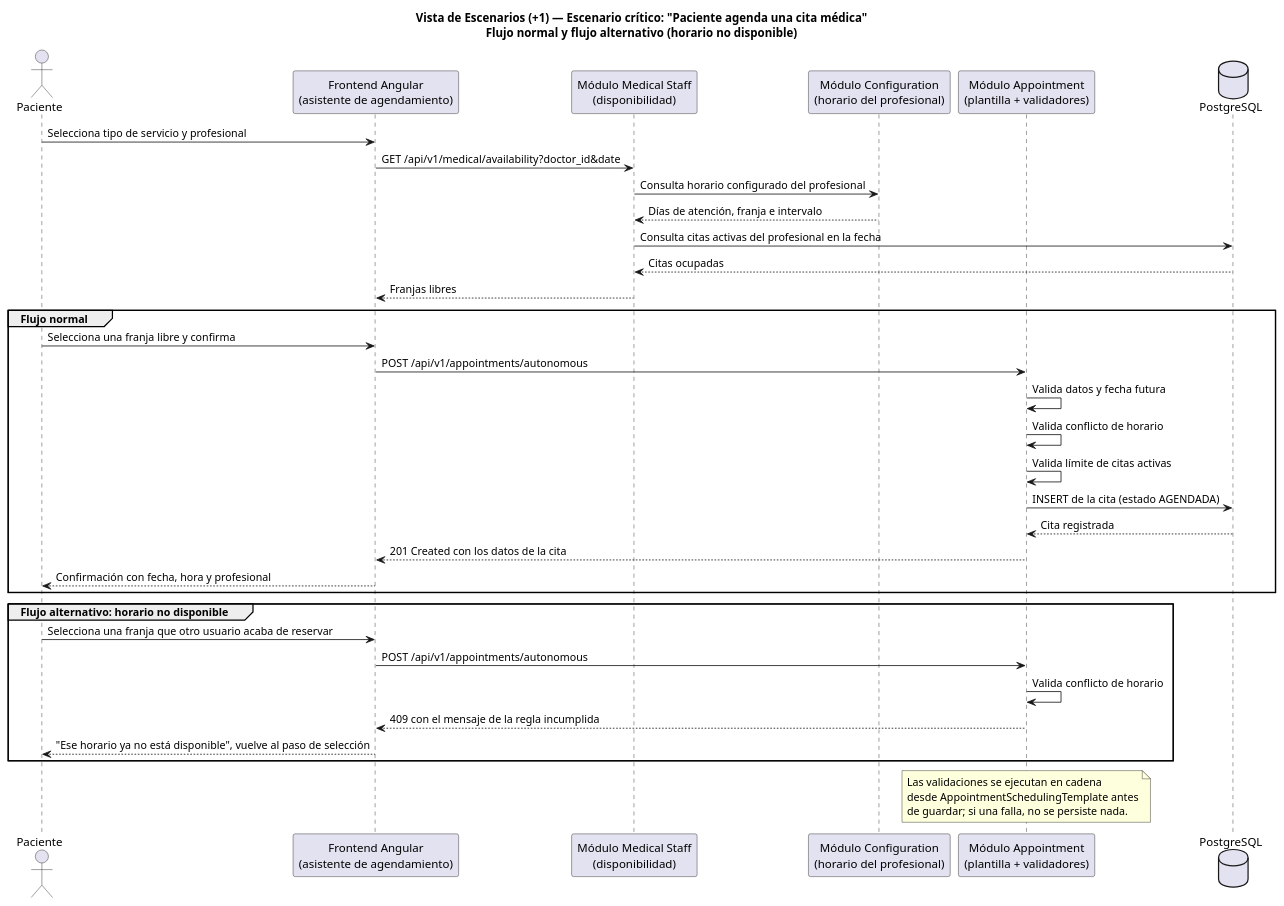
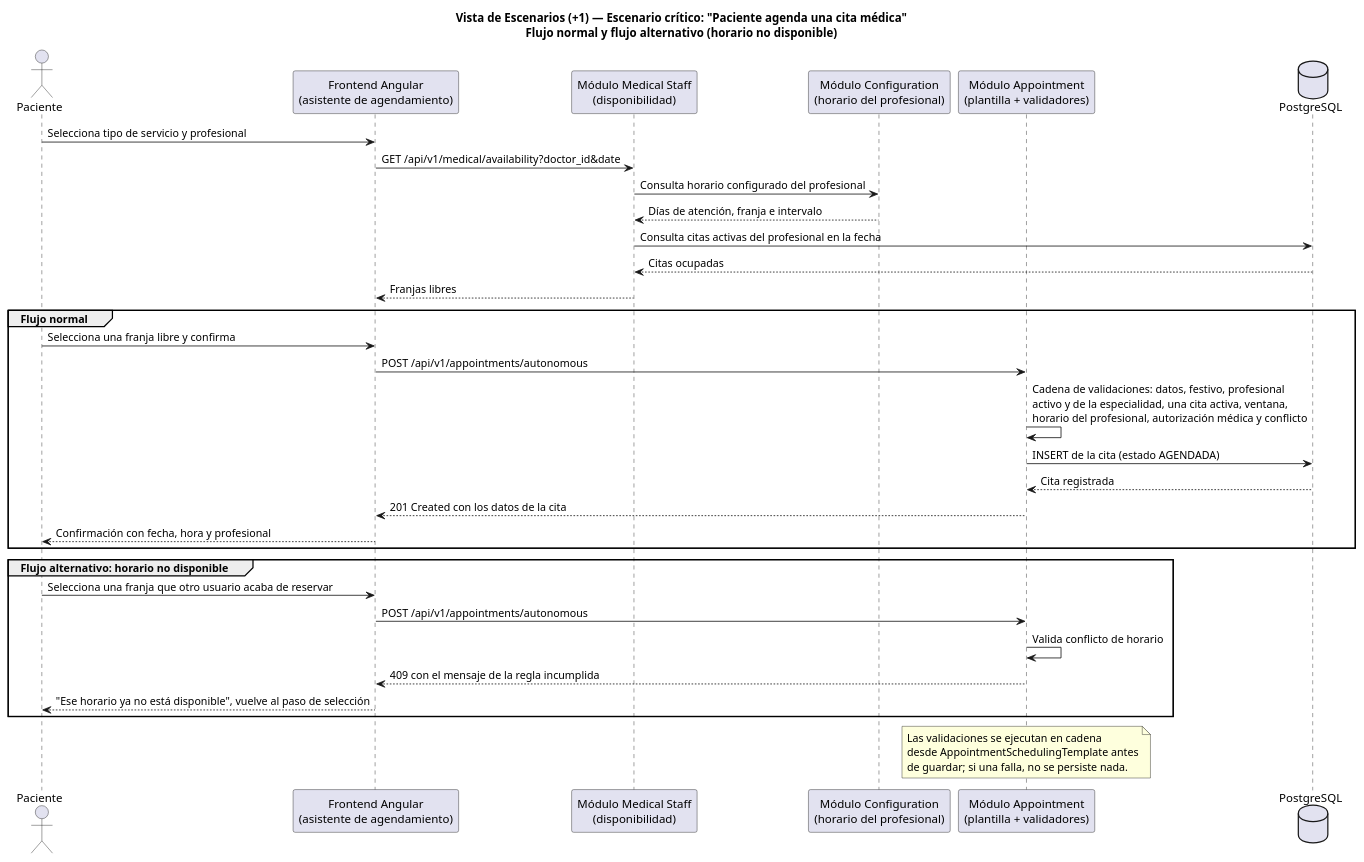
One commit to SantiagoGutierrez11/piedrazul-monolitic changed the diagram in docs/architecture/actividad2-escenario-critico.puml. Above: the diagram before and after it, drawn with PlantUML. The commit also changed 8 other files, not shown here.

Commit message:
Update architecture diagrams for authentication and scheduling

```diff
--- a/docs/architecture/actividad2-escenario-critico.puml
+++ b/docs/architecture/actividad2-escenario-critico.puml
@@ -1,45 +1,43 @@
 @startuml EscenarioCriticoAgendarCita
 title Vista de Escenarios (+1) — Escenario crítico: "Paciente agenda una cita médica"\nFlujo normal y flujo alternativo (horario no disponible)
 
 actor "Paciente" as P
 participant "Frontend Angular\n(asistente de agendamiento)" as UI
 participant "Módulo Medical Staff\n(disponibilidad)" as MS
 participant "Módulo Configuration\n(horario del profesional)" as CFG
 participant "Módulo Appointment\n(plantilla + validadores)" as APP
 database "PostgreSQL" as BD
 
 P -> UI : Selecciona tipo de servicio y profesional
 UI -> MS : GET /api/v1/medical/availability?doctor_id&date
 MS -> CFG : Consulta horario configurado del profesional
 CFG --> MS : Días de atención, franja e intervalo
 MS -> BD : Consulta citas activas del profesional en la fecha
 BD --> MS : Citas ocupadas
 MS --> UI : Franjas libres
 
 group Flujo normal
   P -> UI : Selecciona una franja libre y confirma
   UI -> APP : POST /api/v1/appointments/autonomous
-  APP -> APP : Valida datos y fecha futura
-  APP -> APP : Valida conflicto de horario
-  APP -> APP : Valida límite de citas activas
+  APP -> APP : Cadena de validaciones: datos, festivo, profesional\nactivo y de la especialidad, una cita activa, ventana,\nhorario del profesional, autorización médica y conflicto
   APP -> BD : INSERT de la cita (estado AGENDADA)
   BD --> APP : Cita registrada
   APP --> UI : 201 Created con los datos de la cita
   UI --> P : Confirmación con fecha, hora y profesional
 end
 
 group Flujo alternativo: horario no disponible
   P -> UI : Selecciona una franja que otro usuario acaba de reservar
   UI -> APP : POST /api/v1/appointments/autonomous
   APP -> APP : Valida conflicto de horario
   APP --> UI : 409 con el mensaje de la regla incumplida
   UI --> P : "Ese horario ya no está disponible", vuelve al paso de selección
 end
 
 note over APP
   Las validaciones se ejecutan en cadena
   desde AppointmentSchedulingTemplate antes
   de guardar; si una falla, no se persiste nada.
 end note
 
 @enduml
```
